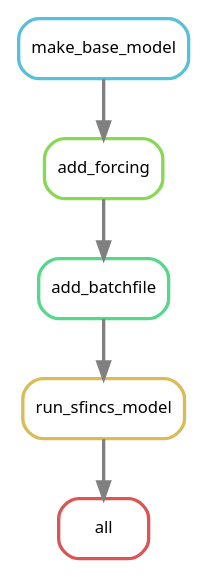
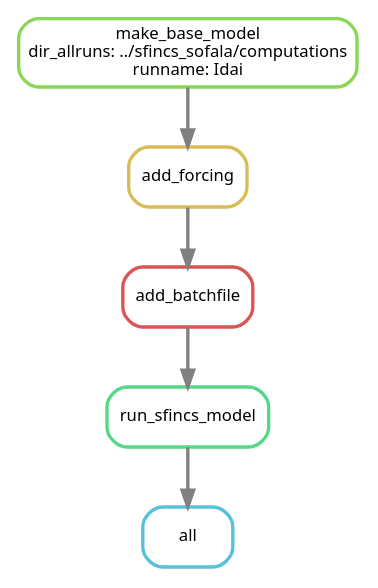
The diagram in SFINCS/workflow_scripts/snakemake_graph.dot (HORIZON-COMPASS/compound-flooding-tropical-cyclones), drawn with Graphviz before and after one commit. The commit also changed 6 other files, not shown here.

```diff
--- a/SFINCS/workflow_scripts/snakemake_graph.dot
+++ b/SFINCS/workflow_scripts/snakemake_graph.dot
@@ -1,14 +1,14 @@
 digraph snakemake_dag {
     graph[bgcolor=white, margin=0];
     node[shape=box, style=rounded, fontname=sans,                 fontsize=10, penwidth=2];
     edge[penwidth=2, color=grey];
-	0[label = "all", color = "0.00 0.6 0.85", style="rounded"];
-	1[label = "run_sfincs_model", color = "0.13 0.6 0.85", style="rounded"];
-	2[label = "add_batchfile", color = "0.40 0.6 0.85", style="rounded"];
-	3[label = "add_forcing", color = "0.27 0.6 0.85", style="rounded"];
-	4[label = "make_base_model", color = "0.53 0.6 0.85", style="rounded"];
+	0[label = "all", color = "0.53 0.6 0.85", style="rounded"];
+	1[label = "run_sfincs_model", color = "0.40 0.6 0.85", style="rounded"];
+	2[label = "add_batchfile", color = "0.00 0.6 0.85", style="rounded"];
+	3[label = "add_forcing", color = "0.13 0.6 0.85", style="rounded"];
+	4[label = "make_base_model\ndir_allruns: ../sfincs_sofala/computations\nrunname: Idai", color = "0.27 0.6 0.85", style="rounded"];
 	1 -> 0
 	2 -> 1
 	3 -> 2
 	4 -> 3
 }            
```
